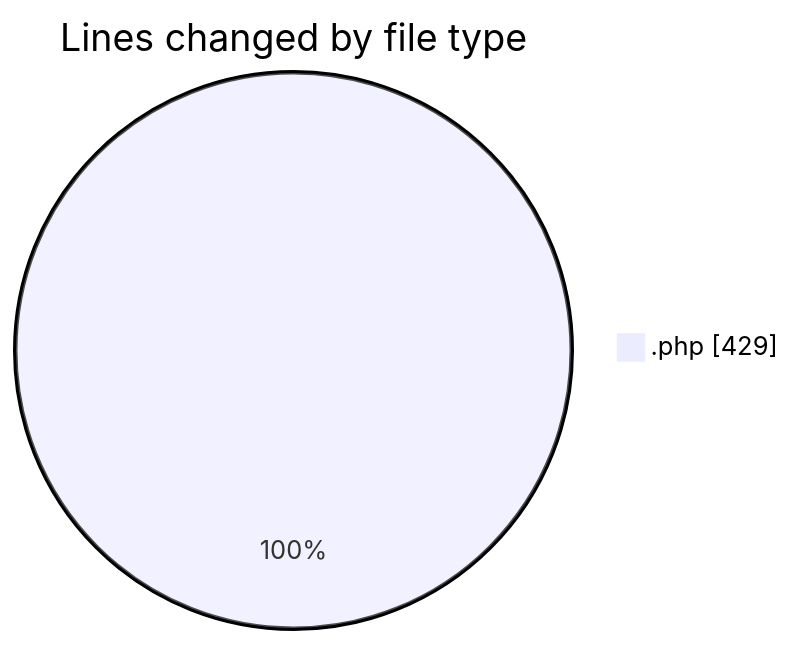
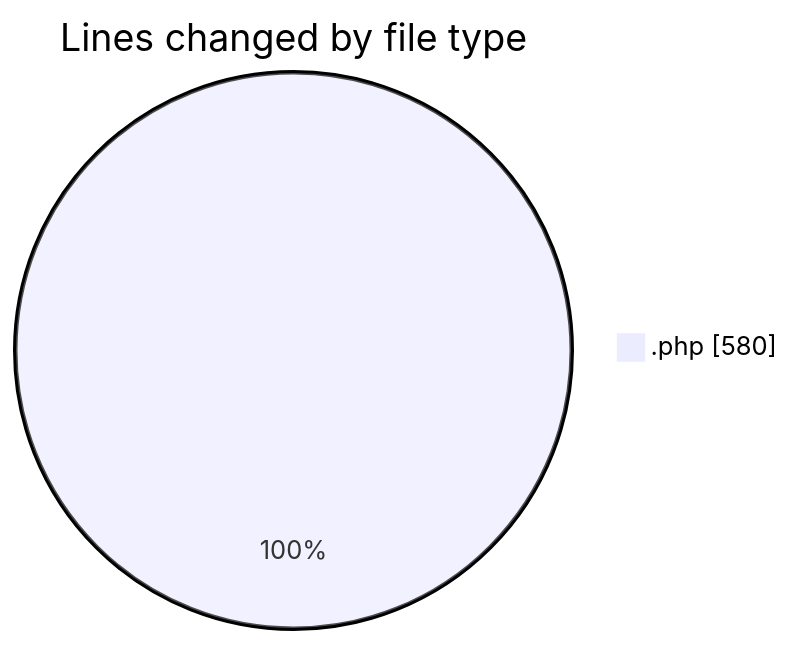
The first of 2 diagrams in 2026-11-02/oficina/README.md (LanceThiago/code-tracking), drawn with Mermaid before and after one commit. The commit also changed other lines of this file and 1 other file, not shown here.

````diff
--- a/2026-11-02/oficina/README.md
+++ b/2026-11-02/oficina/README.md
@@ -20,5 +21,5 @@
 ```mermaid
 pie showData
 title Lines changed by file type
-".php" : 429
+".php" : 580
 ```
````
